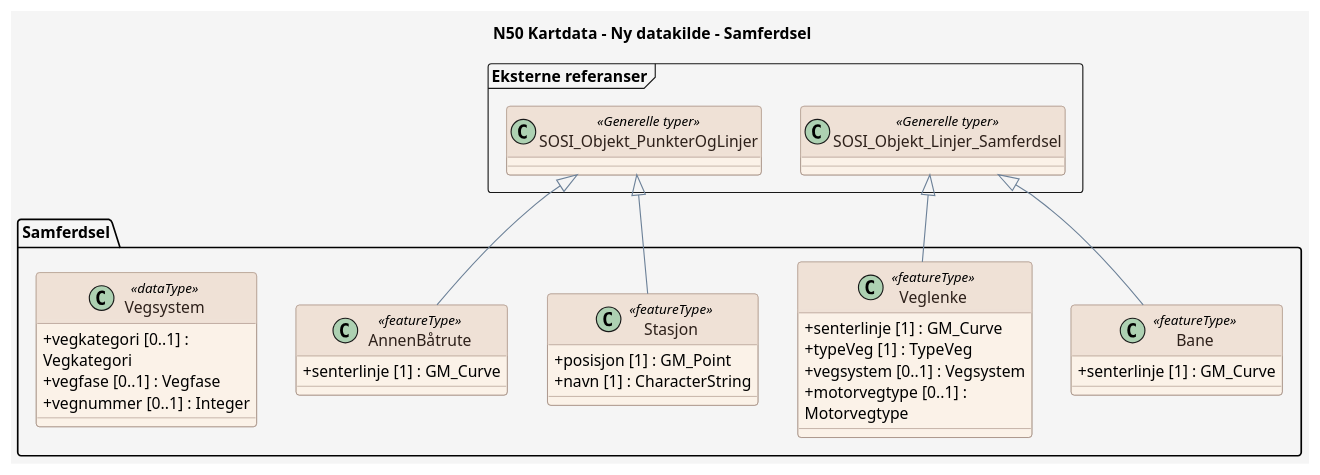
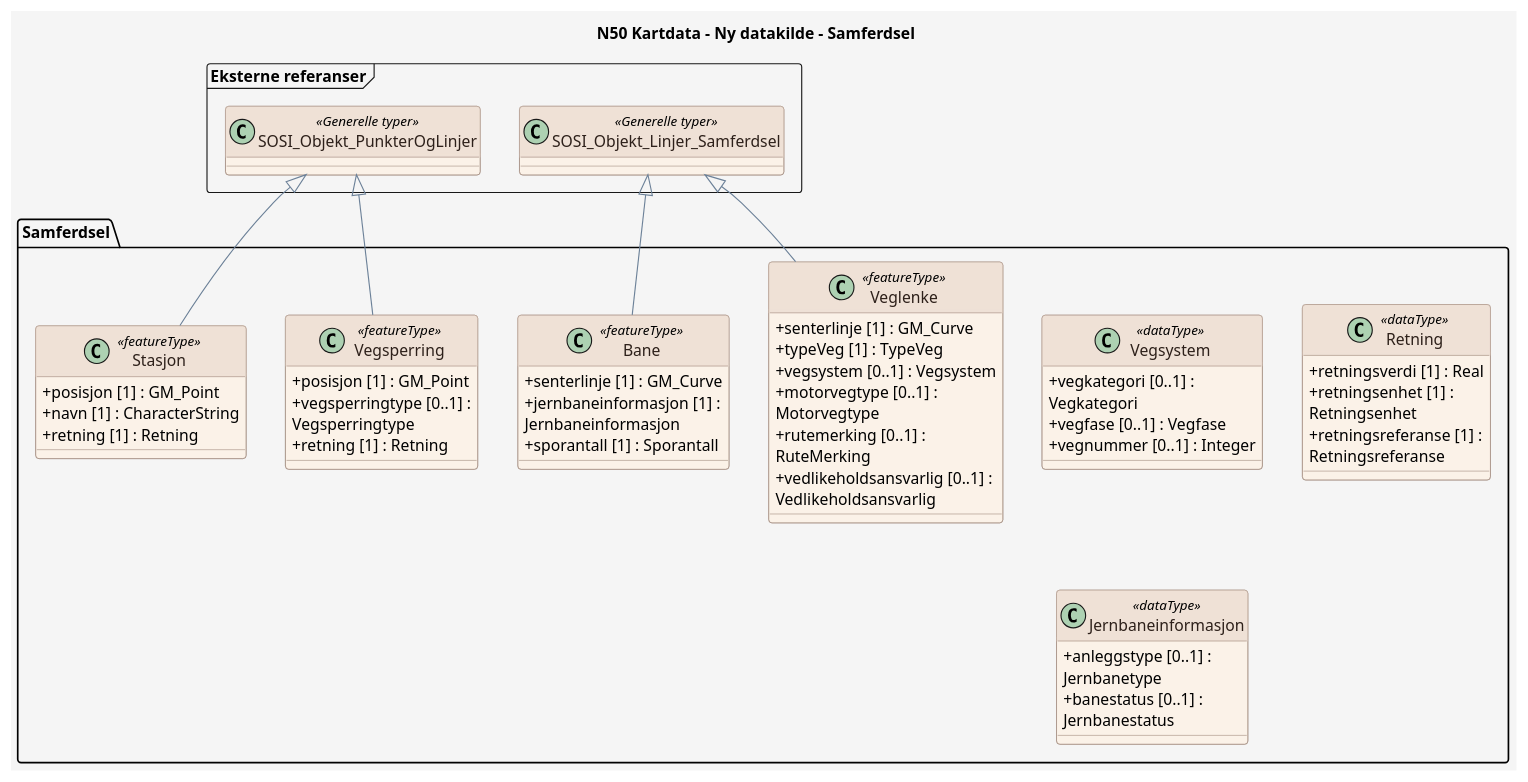
Before and after one commit to KentJonsrud/produktspesifikasjon_sommer: the diagram in produktspesifikasjon/n50-kartdata/ny-datakilde/ny-datakilde_feature_catalogue_Samferdsel.puml, drawn with PlantUML. The commit also changed 26 other files, not shown here.

```diff
--- a/produktspesifikasjon/n50-kartdata/ny-datakilde/ny-datakilde_feature_catalogue_Samferdsel.puml
+++ b/produktspesifikasjon/n50-kartdata/ny-datakilde/ny-datakilde_feature_catalogue_Samferdsel.puml
@@ -1,72 +1,90 @@
 @startuml
 ' For wide diagrams, render with: plantuml -DPLANTUML_LIMIT_SIZE=16384 ...
 ' The 'scale max' directive below caps the rendered output to prevent the
 ' default PlantUML 4096px size limit from cropping the diagram.
 scale max 4000*4000
 
 title N50 Kartdata - Ny datakilde - Samferdsel
 
 skinparam backgroundColor #F5F5F5
 skinparam shadowing false
 skinparam RoundCorner 6
 skinparam ArrowColor #6C8198
 skinparam wrapWidth 200
 skinparam class {
   BackgroundColor #FBF2E8
   BorderColor #9C8578
   FontColor #2D201A
   HeaderBackgroundColor #EFE1D6
   HeaderFontColor #2D201A
   AttributeIconSize 0
 }
 skinparam note {
   BackgroundColor #FFFFFF
   BorderColor #6C8198
   FontColor #2D201A
 }
 skinparam stereotypeCBackgroundColor #EAD9CE
 skinparam stereotypeCBorderColor #9C8578
 skinparam stereotypeCFontColor #2D201A
 
 package "Samferdsel" {
 
-  class Bane <<featureType>> {
-    + senterlinje [1] : GM_Curve
-  }
-
   class Veglenke <<featureType>> {
     + senterlinje [1] : GM_Curve
     + typeVeg [1] : TypeVeg
     + vegsystem [0..1] : Vegsystem
     + motorvegtype [0..1] : Motorvegtype
+    + rutemerking [0..1] : RuteMerking
+    + vedlikeholdsansvarlig [0..1] : Vedlikeholdsansvarlig
   }
 
   class Stasjon <<featureType>> {
     + posisjon [1] : GM_Point
     + navn [1] : CharacterString
+    + retning [1] : Retning
   }
 
-  class "AnnenBåtrute" as AnnenB_trute <<featureType>> {
+  class Vegsperring <<featureType>> {
+    + posisjon [1] : GM_Point
+    + vegsperringtype [0..1] : Vegsperringtype
+    + retning [1] : Retning
+  }
+
+  class Bane <<featureType>> {
     + senterlinje [1] : GM_Curve
+    + jernbaneinformasjon [1] : Jernbaneinformasjon
+    + sporantall [1] : Sporantall
   }
 
   class Vegsystem <<dataType>> {
     + vegkategori [0..1] : Vegkategori
     + vegfase [0..1] : Vegfase
     + vegnummer [0..1] : Integer
+  }
+
+  class Retning <<dataType>> {
+    + retningsverdi [1] : Real
+    + retningsenhet [1] : Retningsenhet
+    + retningsreferanse [1] : Retningsreferanse
+  }
+
+  class Jernbaneinformasjon <<dataType>> {
+    + anleggstype [0..1] : Jernbanetype
+    + banestatus [0..1] : Jernbanestatus
   }
 }
 
 package "Eksterne referanser" <<Frame>> {
   class SOSI_Objekt_Linjer_Samferdsel <<Generelle typer>> {
   }
   class SOSI_Objekt_PunkterOgLinjer <<Generelle typer>> {
   }
 }
 
-SOSI_Objekt_Linjer_Samferdsel <|-- Bane
 SOSI_Objekt_Linjer_Samferdsel <|-- Veglenke
 SOSI_Objekt_PunkterOgLinjer <|-- Stasjon
-SOSI_Objekt_PunkterOgLinjer <|-- AnnenB_trute
+SOSI_Objekt_PunkterOgLinjer <|-- Vegsperring
+SOSI_Objekt_Linjer_Samferdsel <|-- Bane
 
 @enduml
```
